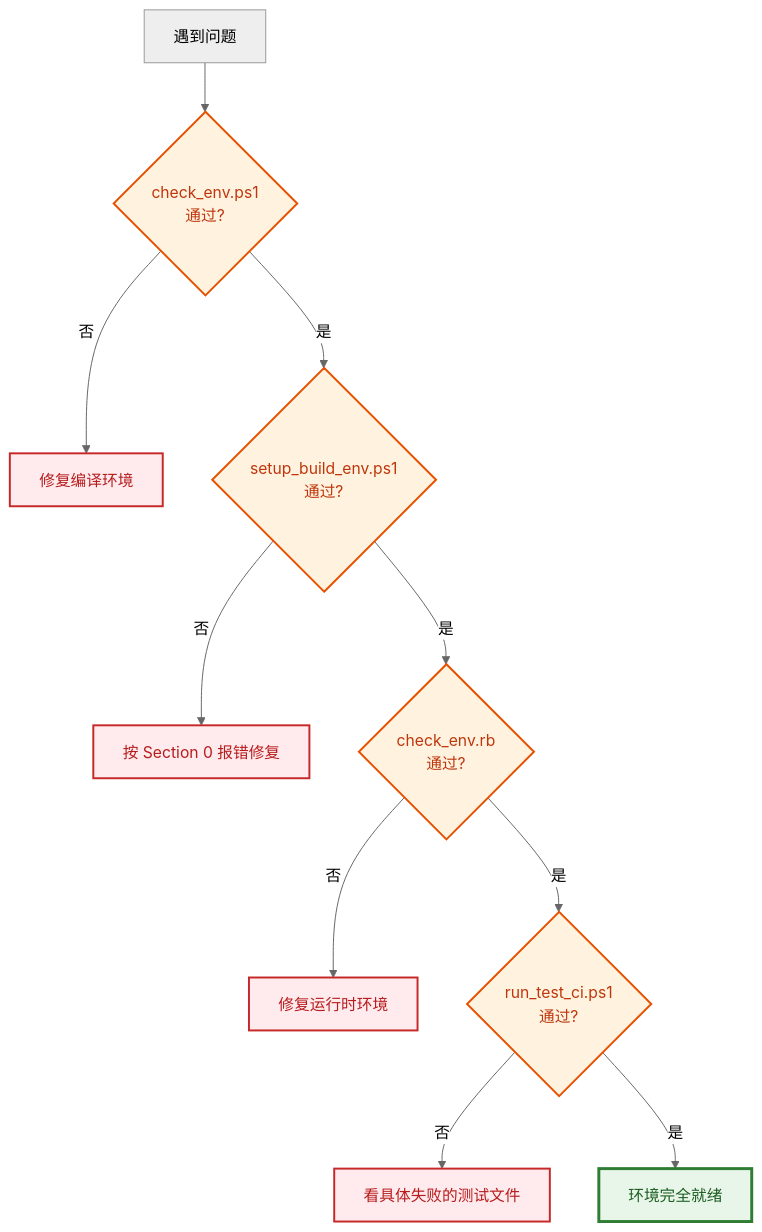
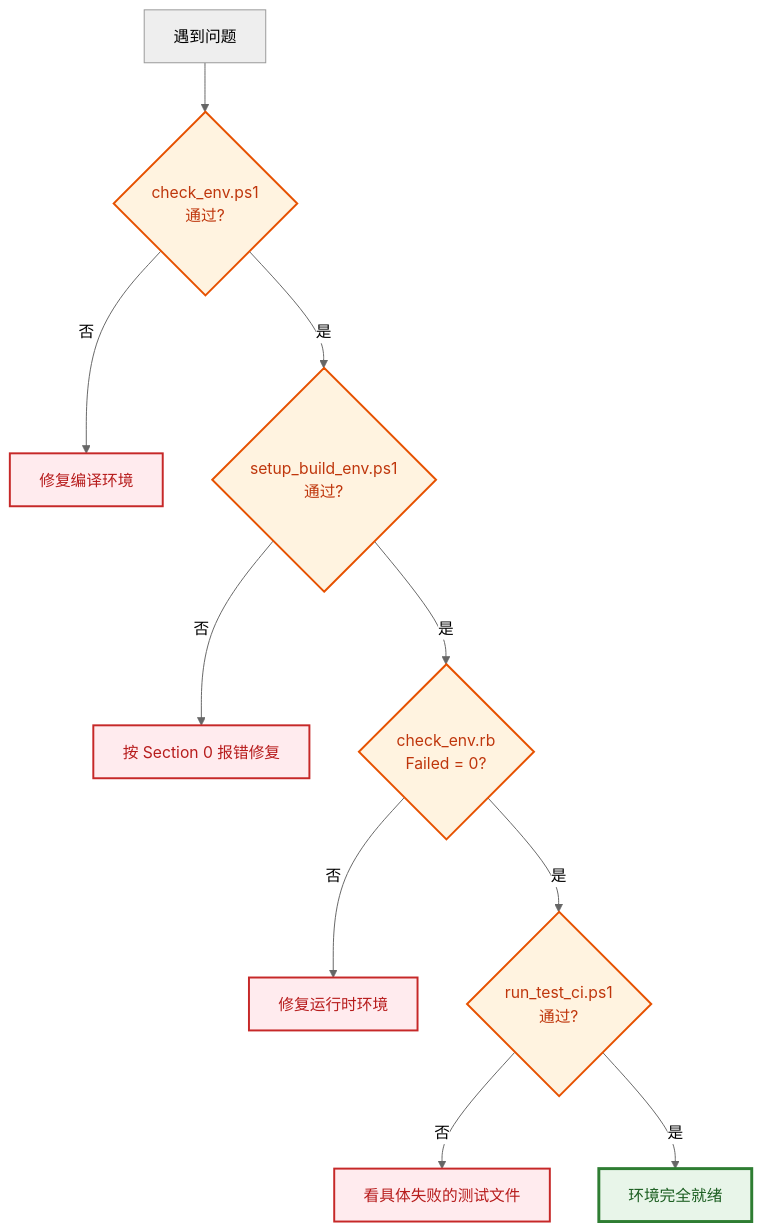
Before and after one commit to PassByYou888/LingoFuse: diagram 13 of 14 in ruby/README.md, drawn with Mermaid (neutral theme). The commit also changed other lines of this file and 21 other files, not shown here.

````diff
--- a/ruby/README.md
+++ b/ruby/README.md
@@ -1340,20 +1363,20 @@
 ```mermaid
 flowchart TD
     Issue["遇到问题"] --> Q1{"check_env.ps1<br/>通过?"}
     Q1 -->|"否"| Fix1["修复编译环境"]
     Q1 -->|"是"| Q2{"setup_build_env.ps1<br/>通过?"}
     Q2 -->|"否"| Fix2["按 Section 0 报错修复"]
-    Q2 -->|"是"| Q3{"check_env.rb<br/>通过?"}
+    Q2 -->|"是"| Q3{"check_env.rb<br/>Failed = 0?"}
     Q3 -->|"否"| Fix3["修复运行时环境"]
     Q3 -->|"是"| Q4{"run_test_ci.ps1<br/>通过?"}
     Q4 -->|"否"| Fix4["看具体失败的测试文件"]
     Q4 -->|"是"| OK["环境完全就绪"]
 
     classDef ok fill:#E8F5E9,stroke:#2E7D32,stroke-width:3px,color:#1B5E20
     classDef fail fill:#FFEBEE,stroke:#C62828,stroke-width:2px,color:#B71C1C
     classDef check fill:#FFF3E0,stroke:#E65100,stroke-width:2px,color:#BF360C
 
     class OK ok
     class Fix1,Fix2,Fix3,Fix4 fail
     class Q1,Q2,Q3,Q4 check
 ```
````
